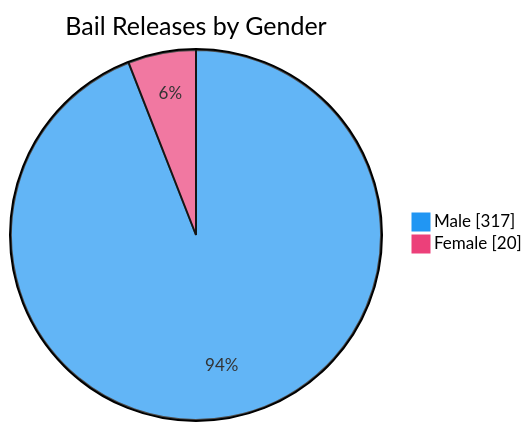
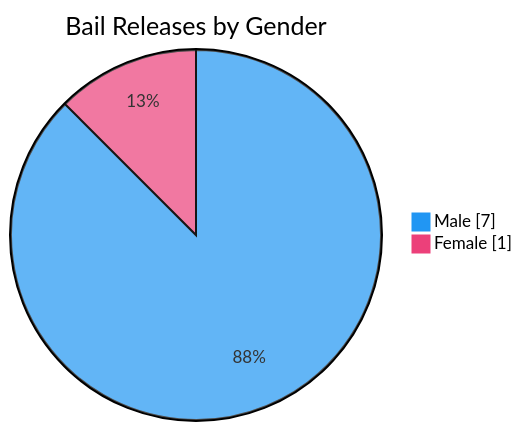
Before and after one commit to nuuuwan/lk_prisons: the seventh of 7 diagrams in README.md, drawn with Mermaid. The commit also changed other lines of this file and 1 other file, not shown here.

````diff
--- a/README.md
+++ b/README.md
@@ -109,6 +109,6 @@
 ```mermaid
 %%{init: {'themeVariables': {'pie1': '#2196F3', 'pie2': '#EC407A'}}}%%
 pie showData title Bail Releases by Gender
-    "Male" : 317
-    "Female" : 20
+    "Male" : 7
+    "Female" : 1
 ```
````
